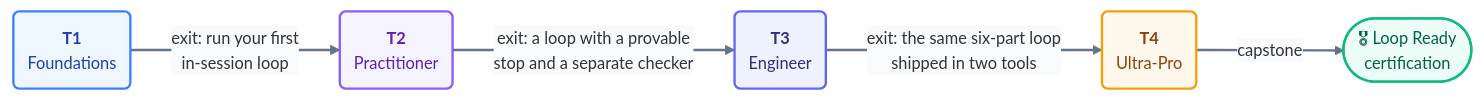
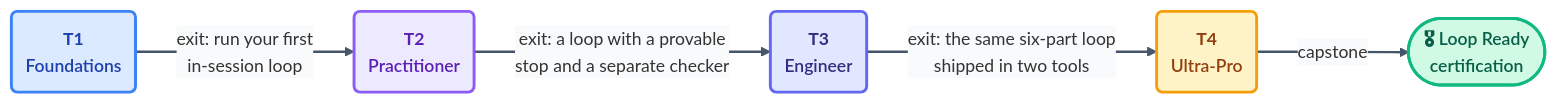
One commit to ayeshakhalid192007-dev/LoopEngineering-CrashCourse changed the diagram in docs/00-start-here/learning-tracks.md. Above: the diagram before and after it, drawn with Mermaid. The commit also changed 66 other files, not shown here.

First line of the commit message:
docs(diagrams): visibly bolder pass — deeper fills, heavier strokes, semibold labels

````diff
--- a/docs/00-start-here/learning-tracks.md
+++ b/docs/00-start-here/learning-tracks.md
@@ -21,14 +21,14 @@
 ```mermaid
-%%{init: {'theme':'base','themeVariables':{'fontFamily':'ui-sans-serif, system-ui, sans-serif','fontSize':'14px','lineColor':'#64748b','edgeLabelBackground':'#f8fafc'},'flowchart':{'curve':'basis','nodeSpacing':45,'rankSpacing':70,'padding':12}}}%%
+%%{init: {'theme':'base','themeVariables':{'fontFamily':'ui-sans-serif, system-ui, sans-serif','fontSize':'15px','lineColor':'#475569','edgeLabelBackground':'#f8fafc'},'flowchart':{'curve':'basis','nodeSpacing':45,'rankSpacing':70,'padding':12}}}%%
 flowchart LR
     T1("<b>T1</b><br/>Foundations"):::t1 -->|"exit: run your first<br/>in-session loop"| T2("<b>T2</b><br/>Practitioner"):::t2
     T2 -->|"exit: a loop with a provable<br/>stop and a separate checker"| T3("<b>T3</b><br/>Engineer"):::t3
     T3 -->|"exit: the same six-part loop<br/>shipped in two tools"| T4("<b>T4</b><br/>Ultra-Pro"):::t4
     T4 -->|capstone| C(["🎖 Loop Ready<br/>certification"]):::cert
-    linkStyle default stroke:#64748b,stroke-width:2px;
-    classDef t1 fill:#eef6ff,stroke:#3b82f6,stroke-width:2px,color:#1e40af;
-    classDef t2 fill:#f5f3ff,stroke:#8b5cf6,stroke-width:2px,color:#5b21b6;
-    classDef t3 fill:#eef2ff,stroke:#6366f1,stroke-width:2px,color:#312e81;
-    classDef t4 fill:#fef9ec,stroke:#f59e0b,stroke-width:2px,color:#92400e;
-    classDef cert fill:#ecfdf5,stroke:#10b981,stroke-width:2px,color:#065f46;
+    linkStyle default stroke:#475569,stroke-width:2px;
+    classDef t1 fill:#dbeafe,stroke:#3b82f6,stroke-width:2.5px,color:#1e40af,font-weight:600;
+    classDef t2 fill:#ede9fe,stroke:#8b5cf6,stroke-width:2.5px,color:#5b21b6,font-weight:600;
+    classDef t3 fill:#e0e7ff,stroke:#6366f1,stroke-width:2.5px,color:#312e81,font-weight:600;
+    classDef t4 fill:#fef3c7,stroke:#f59e0b,stroke-width:2.5px,color:#92400e,font-weight:600;
+    classDef cert fill:#d1fae5,stroke:#10b981,stroke-width:2.5px,color:#065f46,font-weight:600;
 ```
````
